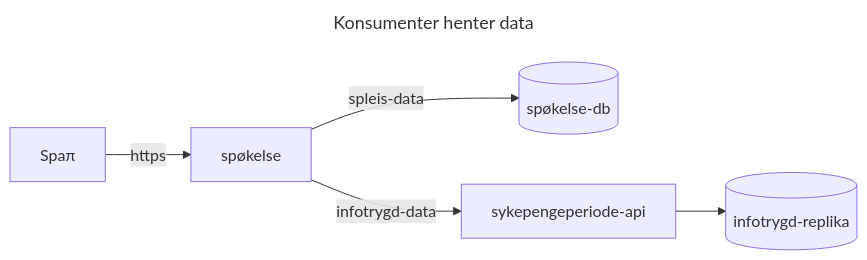
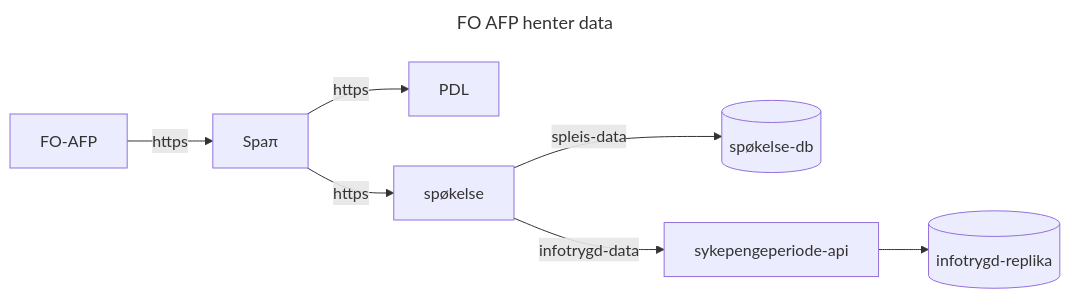
The first of 4 diagrams in README.md (navikt/helse-spapi), drawn with Mermaid before and after one commit. The commit also changed other lines of this file, not shown here.

Commit message:
mer diagram

````diff
--- a/README.md
+++ b/README.md
@@ -9,9 +9,11 @@
 ```mermaid
 ---
-title: Konsumenter henter data
+title: FO AFP henter data
 ---
 flowchart LR
+    FO-AFP -->|https| Spaπ
+    Spaπ -->|https| PDL
     Spaπ -->|https| spøkelse
     spøkelse -->|spleis-data| kafka[(spøkelse-db)]
     spøkelse -->|infotrygd-data| sykepengeperiode-api --> infotrygd[(infotrygd-replika)]
 ```
````
